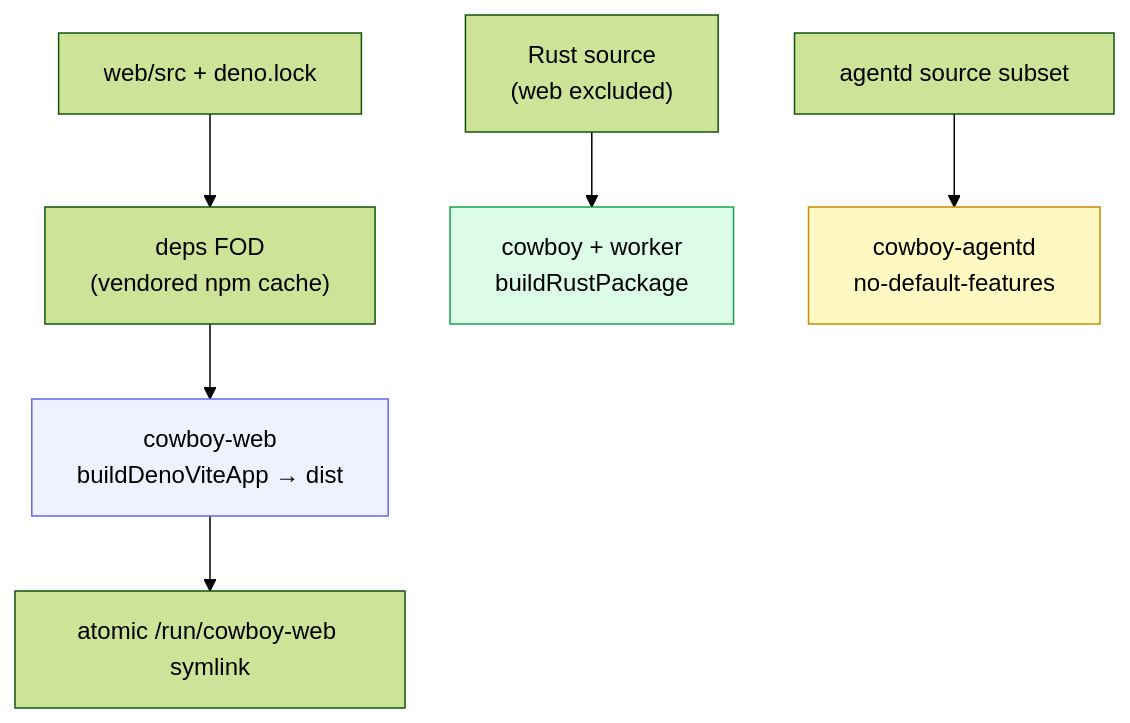
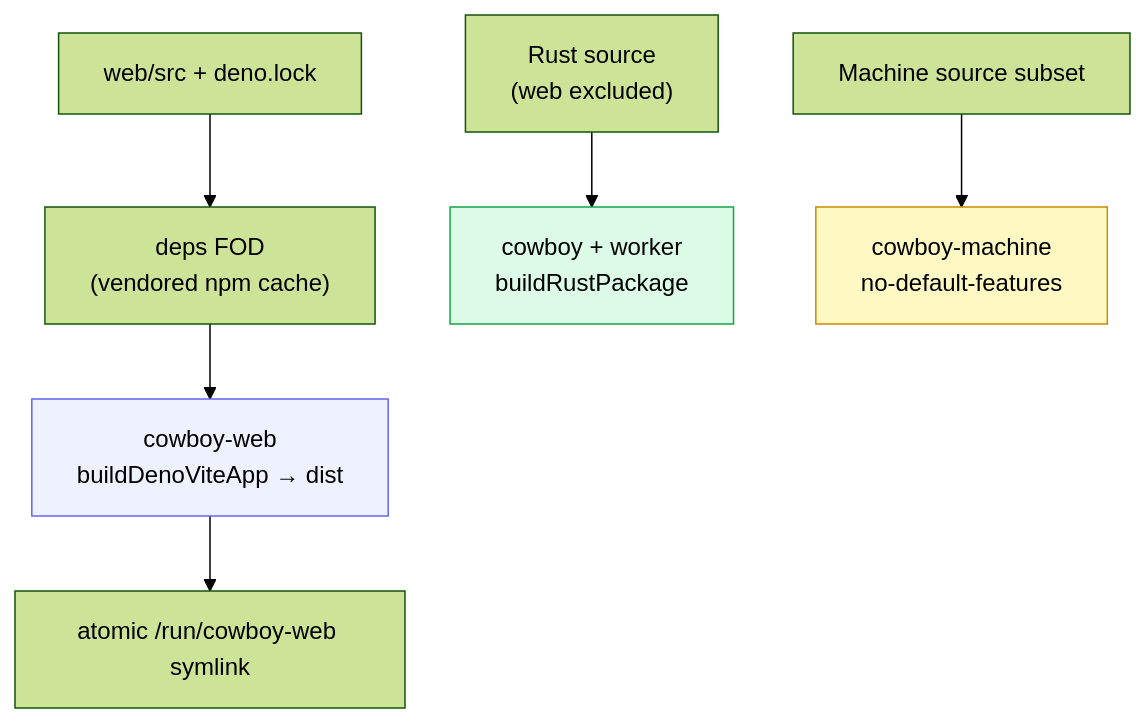
Before and after one commit to dravengarden/cowboy: the diagram in docs/architecture/10-deploy-build.md, drawn with Mermaid (forest theme). The commit also changed other lines of this file and 22 other files, not shown here.

````diff
--- a/docs/architecture/10-deploy-build.md
+++ b/docs/architecture/10-deploy-build.md
@@ -9,12 +9,12 @@
 ```mermaid
 flowchart TB
     SRC["web/src + deno.lock"] --> DEPS["deps FOD<br/>(vendored npm cache)"]
     DEPS --> WEB["cowboy-web<br/>buildDenoViteApp → dist"]
     RS["Rust source<br/>(web excluded)"] --> BIN["cowboy + worker<br/>buildRustPackage"]
-    ADS["agentd source subset"] --> AD["cowboy-agentd<br/>no-default-features"]
+    MS["Machine source subset"] --> MH["cowboy-machine<br/>no-default-features"]
     WEB --> LINK["atomic /run/cowboy-web symlink"]
 
     style WEB fill:#eef2ff,stroke:#6366f1
     style BIN fill:#dcfce7,stroke:#16a34a
-    style AD fill:#fef9c3,stroke:#ca8a04
+    style MH fill:#fef9c3,stroke:#ca8a04
 ```
````
